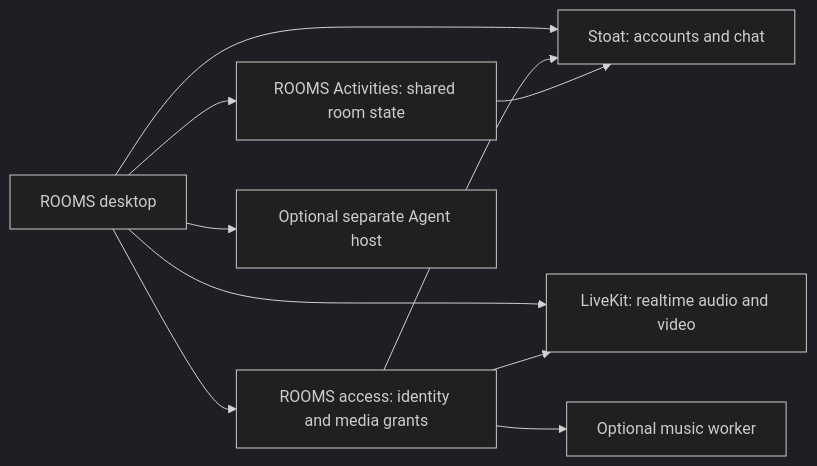
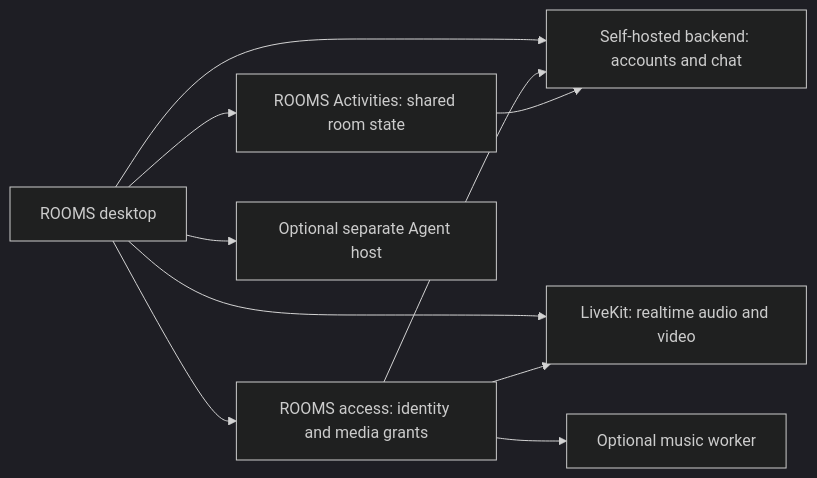
One commit to egemenmermer/rooms changed the diagram in README.md. Above: the diagram before and after it, drawn with Mermaid (dark theme). The commit also changed other lines of this file, not shown here.

Commit message:
docs: simplify backend naming in the project overview

````diff
--- a/README.md
+++ b/README.md
@@ -131,12 +131,12 @@
 ```mermaid
 flowchart LR
-    Desktop[ROOMS desktop] --> Social[Stoat: accounts and chat]
+    Desktop[ROOMS desktop] --> Social[Self-hosted backend: accounts and chat]
     Desktop --> Access[ROOMS access: identity and media grants]
     Access --> Social
     Desktop --> Media[LiveKit: realtime audio and video]
     Access --> Media
     Desktop --> Activities[ROOMS Activities: shared room state]
     Activities --> Social
     Access --> Music[Optional music worker]
     Desktop --> Agent[Optional separate Agent host]
 ```
````
